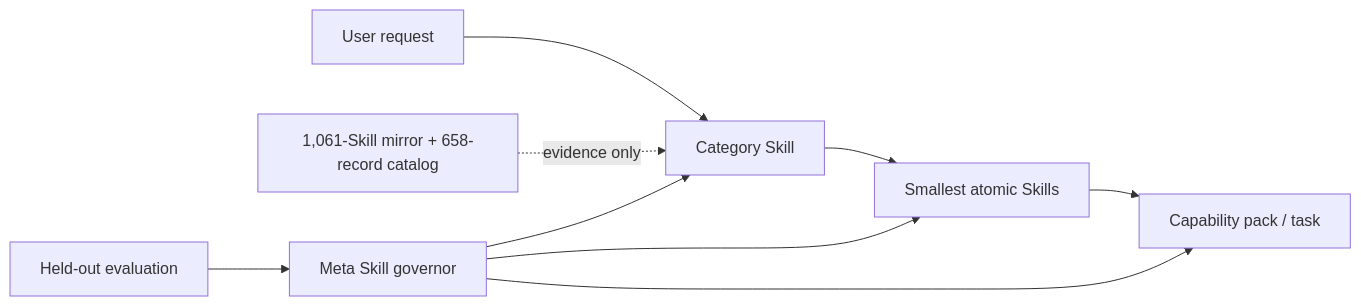
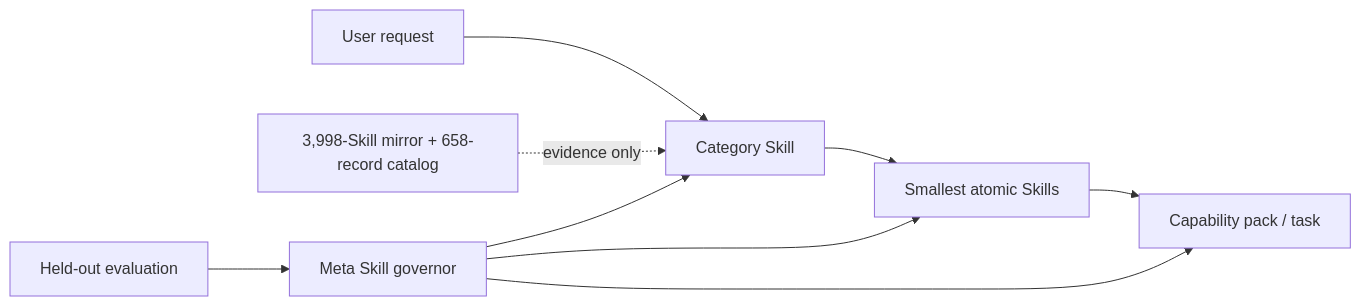
Before and after one commit to WnagoiYy/skillpack-one: the diagram in README.md, drawn with Mermaid. The commit also changed other lines of this file and 473 other files, not shown here.

````diff
--- a/README.md
+++ b/README.md
@@ -15,11 +15,11 @@
 ```mermaid
 flowchart LR
     R[User request] --> C[Category Skill]
     C --> A[Smallest atomic Skills]
     A --> P[Capability pack / task]
-    U[1,061-Skill mirror + 658-record catalog] -. evidence only .-> C
+    U[3,998-Skill mirror + 658-record catalog] -. evidence only .-> C
     M[Meta Skill governor] --> C
     M --> A
     M --> P
     E[Held-out evaluation] --> M
 ```
````
